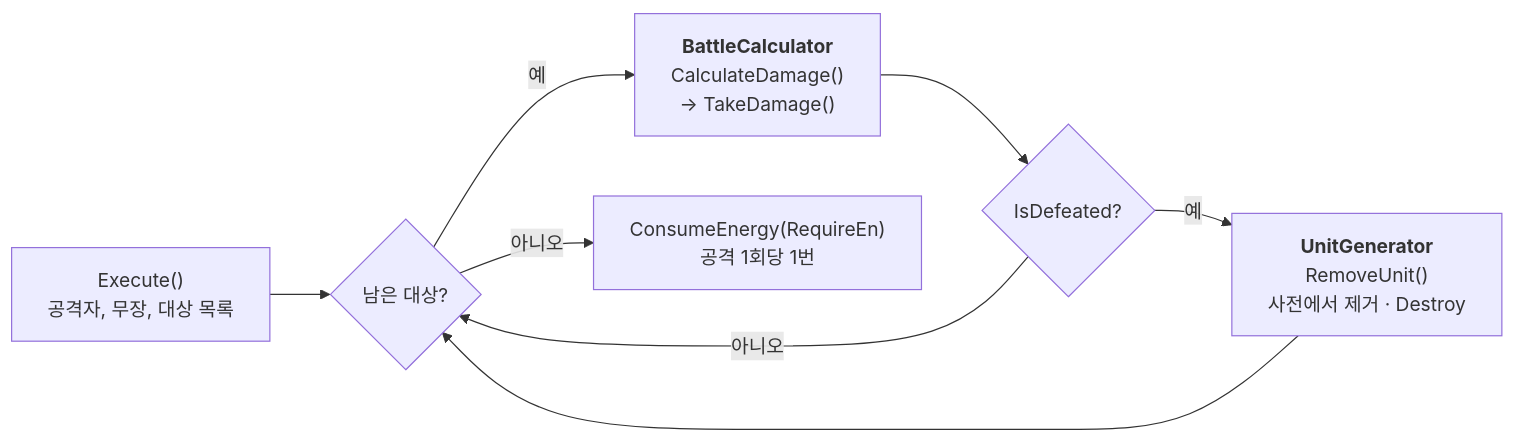
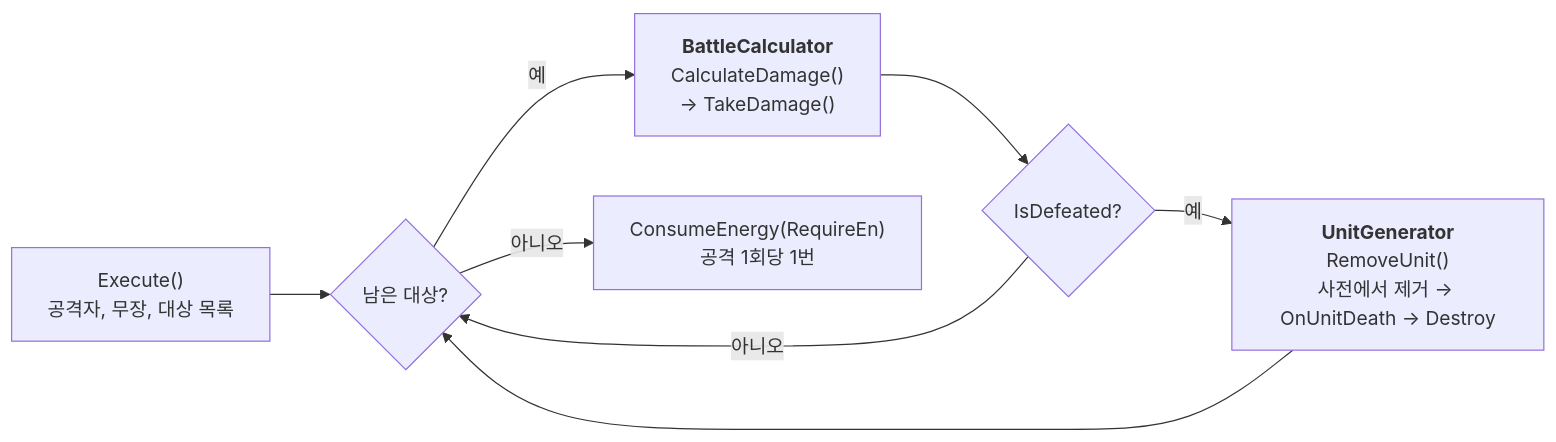
Before and after one commit to jayy5288sk/PersonalProject: diagram 19 of 31 in Docs/ImplementDocs/Diagram.md, drawn with Mermaid. The commit also changed other lines of this file and 23 other files, not shown here.

````diff
--- a/Docs/ImplementDocs/Diagram.md
+++ b/Docs/ImplementDocs/Diagram.md
@@ -374,10 +395,10 @@
 ```mermaid
 flowchart LR
     In["Execute()<br/>공격자, 무장, 대상 목록"] --> Loop{"남은 대상?"}
     Loop -->|예| Dmg["<b>BattleCalculator</b><br/>CalculateDamage()<br/>→ TakeDamage()"]
     Dmg --> Dead{"IsDefeated?"}
-    Dead -->|예| Rm["<b>UnitGenerator</b><br/>RemoveUnit()<br/>사전에서 제거 · Destroy"]
+    Dead -->|예| Rm["<b>UnitGenerator</b><br/>RemoveUnit()<br/>사전에서 제거 → OnUnitDeath → Destroy"]
     Dead -->|아니오| Loop
     Rm --> Loop
     Loop -->|아니오| En["ConsumeEnergy(RequireEn)<br/>공격 1회당 1번"]
 ```
````
